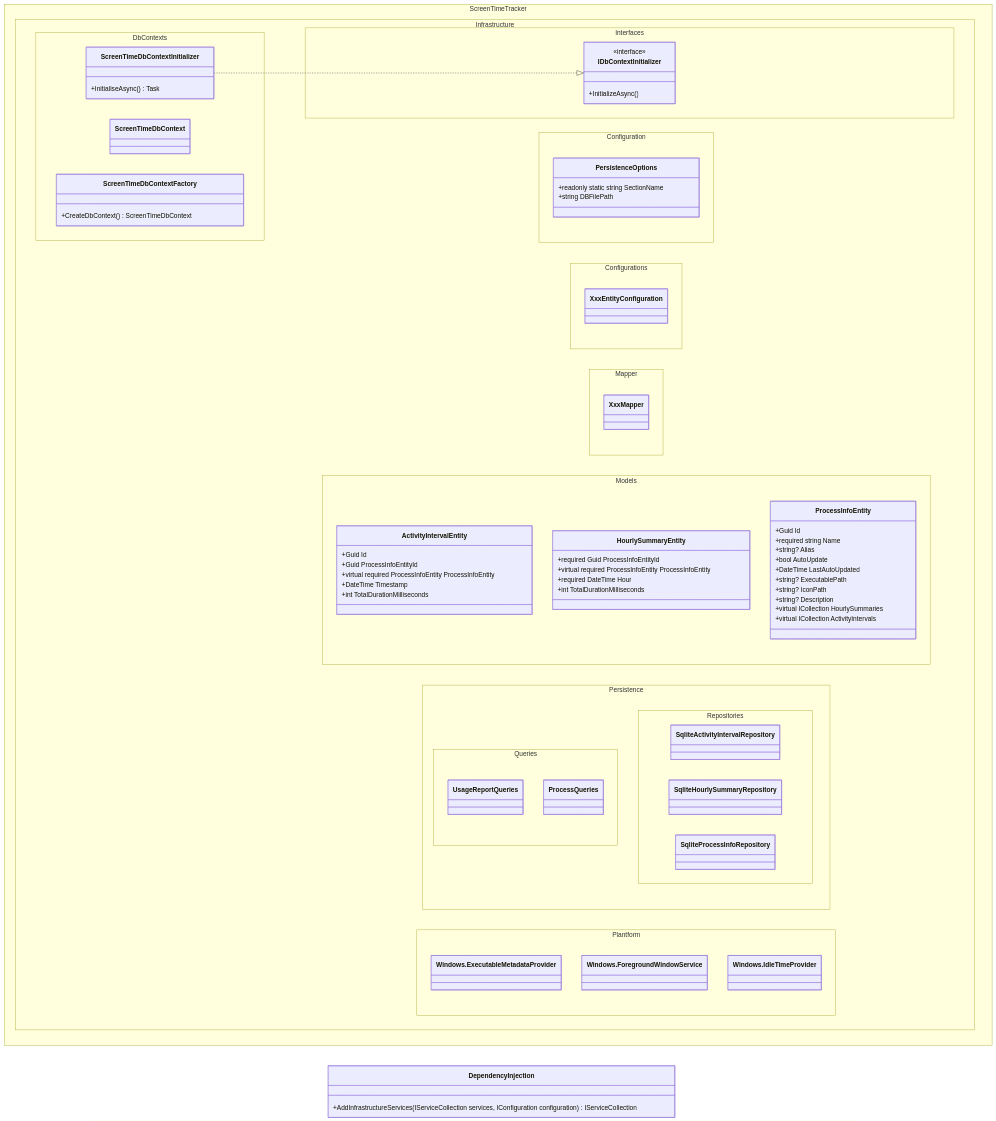
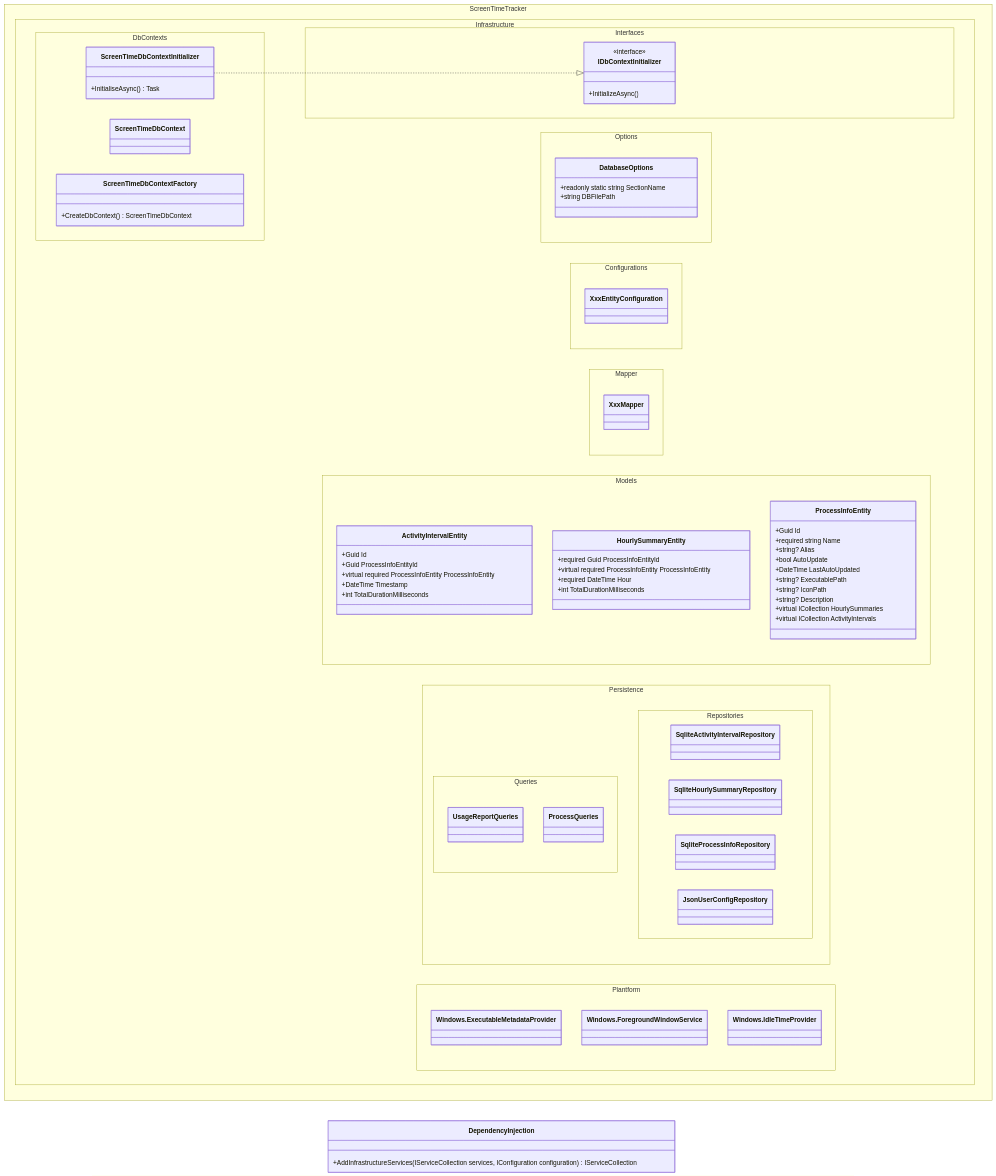
One commit to LaLa-HaHa-Hei/ScreenTimeTracker changed the third of 6 diagrams in docs/detailed-design.md. Above: the diagram before and after it, drawn with Mermaid. The commit also changed other lines of this file and 174 other files, not shown here.

```diff
--- a/docs/detailed-design.md
+++ b/docs/detailed-design.md
@@ -170,8 +186,8 @@
             +InitializeAsync()
         }
     }
-    namespace ScreenTimeTracker.Infrastructure.Configuration {
-        class PersistenceOptions {
+    namespace ScreenTimeTracker.Infrastructure.Options {
+        class DatabaseOptions {
             +readonly static string SectionName
             +string DBFilePath
         }
@@ -234,6 +250,8 @@
         }
         class SqliteProcessInfoRepository {
         }
+        class JsonUserConfigRepository {
+        }
     }
     namespace ScreenTimeTracker.Infrastructure.Plantform {
         class Windows.ExecutableMetadataProvider {
```
